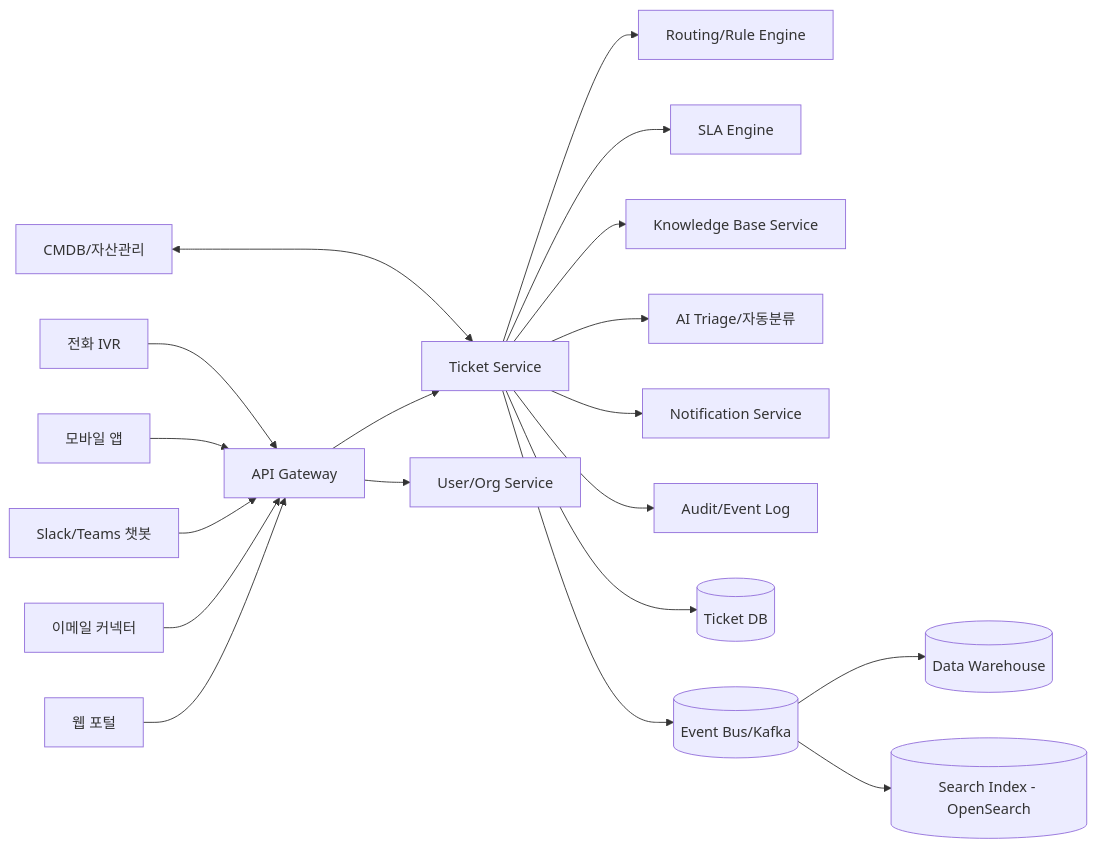
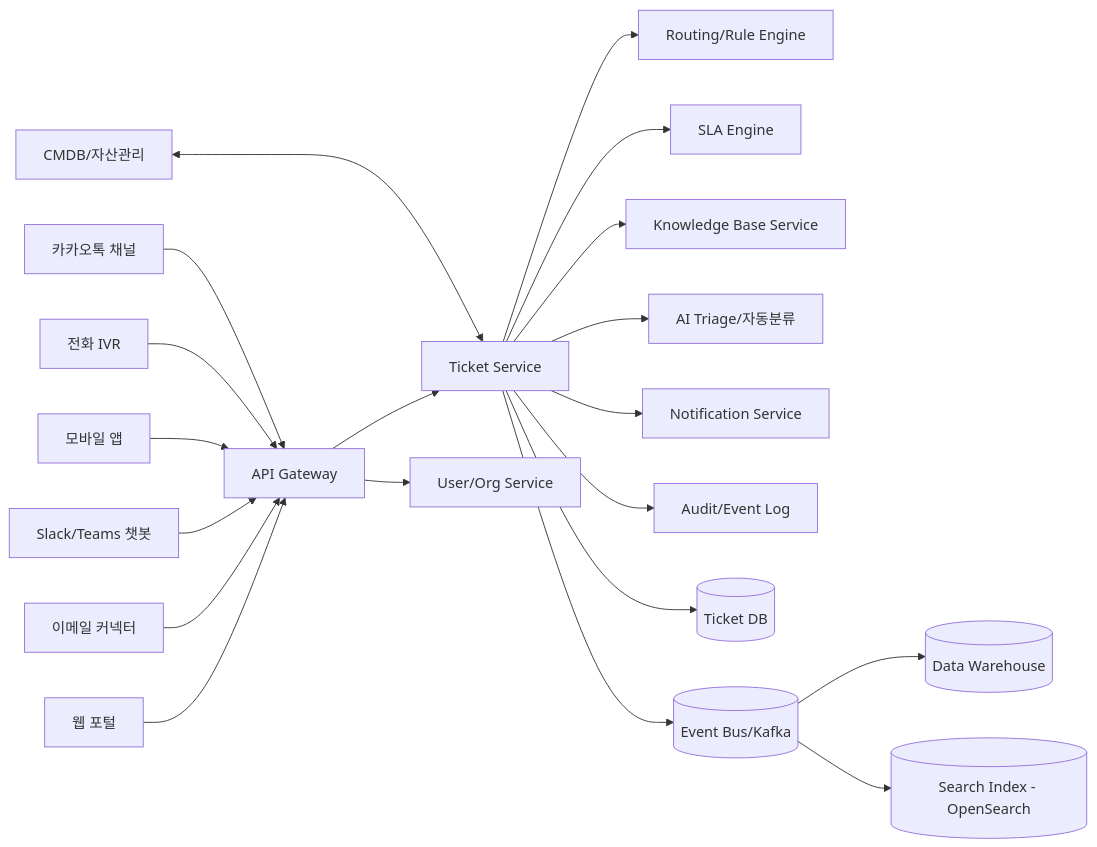
The second of 6 diagrams in docs/global-it-helpdesk-ticket-system-design.md (WilliamKim2/anomalib), drawn with Mermaid before and after one commit. The commit also changed other lines of this file, not shown here.

````diff
--- a/docs/global-it-helpdesk-ticket-system-design.md
+++ b/docs/global-it-helpdesk-ticket-system-design.md
@@ -95,22 +95,23 @@
 ```mermaid
 flowchart LR
     A[웹 포털] --> API[API Gateway]
     B[이메일 커넥터] --> API
     C[Slack/Teams 챗봇] --> API
     D[모바일 앱] --> API
     E[전화 IVR] --> API
+    F[카카오톡 채널] --> API
 
     API --> TSVC[Ticket Service]
     API --> USVC[User/Org Service]
     TSVC --> RULE[Routing/Rule Engine]
     TSVC --> SLA[SLA Engine]
     TSVC --> KB[Knowledge Base Service]
     TSVC --> AI[AI Triage/자동분류]
     TSVC --> NOTI[Notification Service]
     TSVC --> AUDIT[Audit/Event Log]
     TSVC --> DB[(Ticket DB)]
     TSVC --> BUS[(Event Bus/Kafka)]
     BUS --> DW[(Data Warehouse)]
     BUS --> SEARCHIDX[(Search Index - OpenSearch)]
     CMDB[CMDB/자산관리] <---> TSVC
 ```
````
